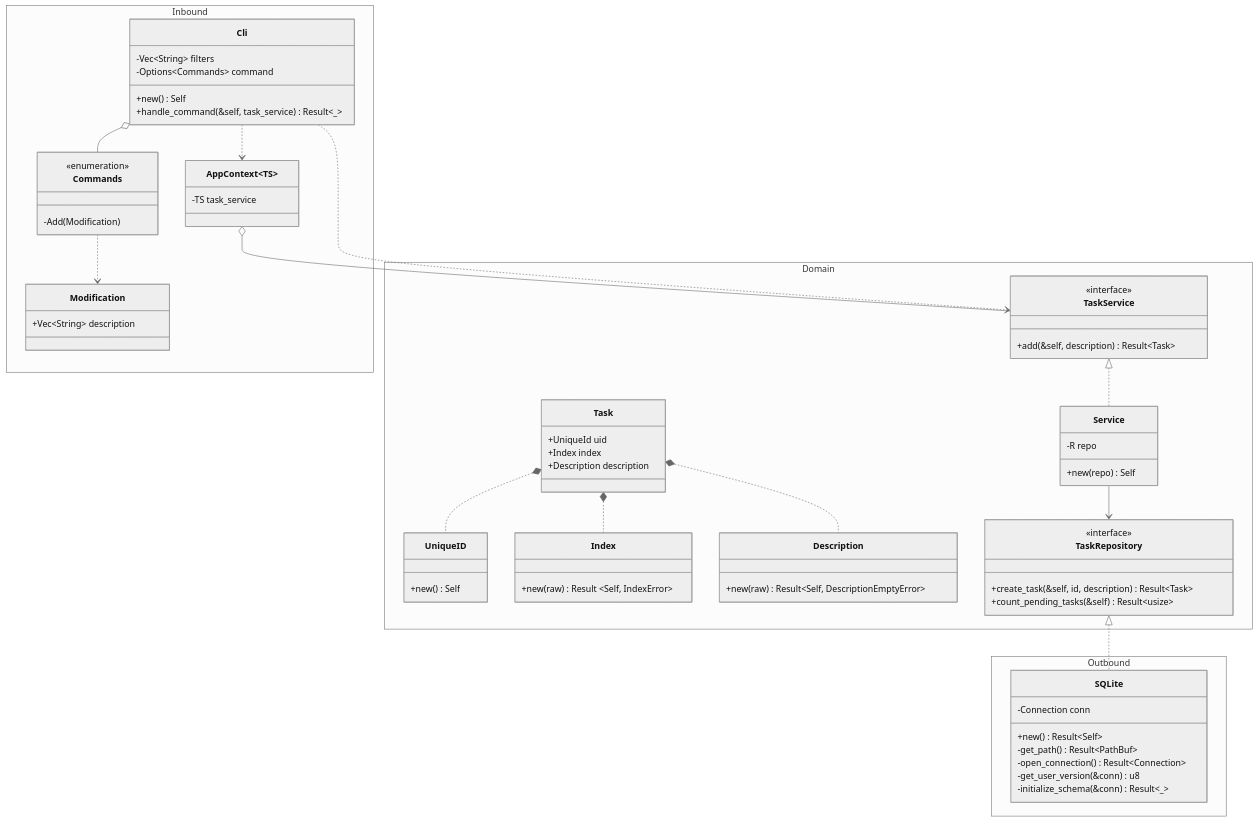
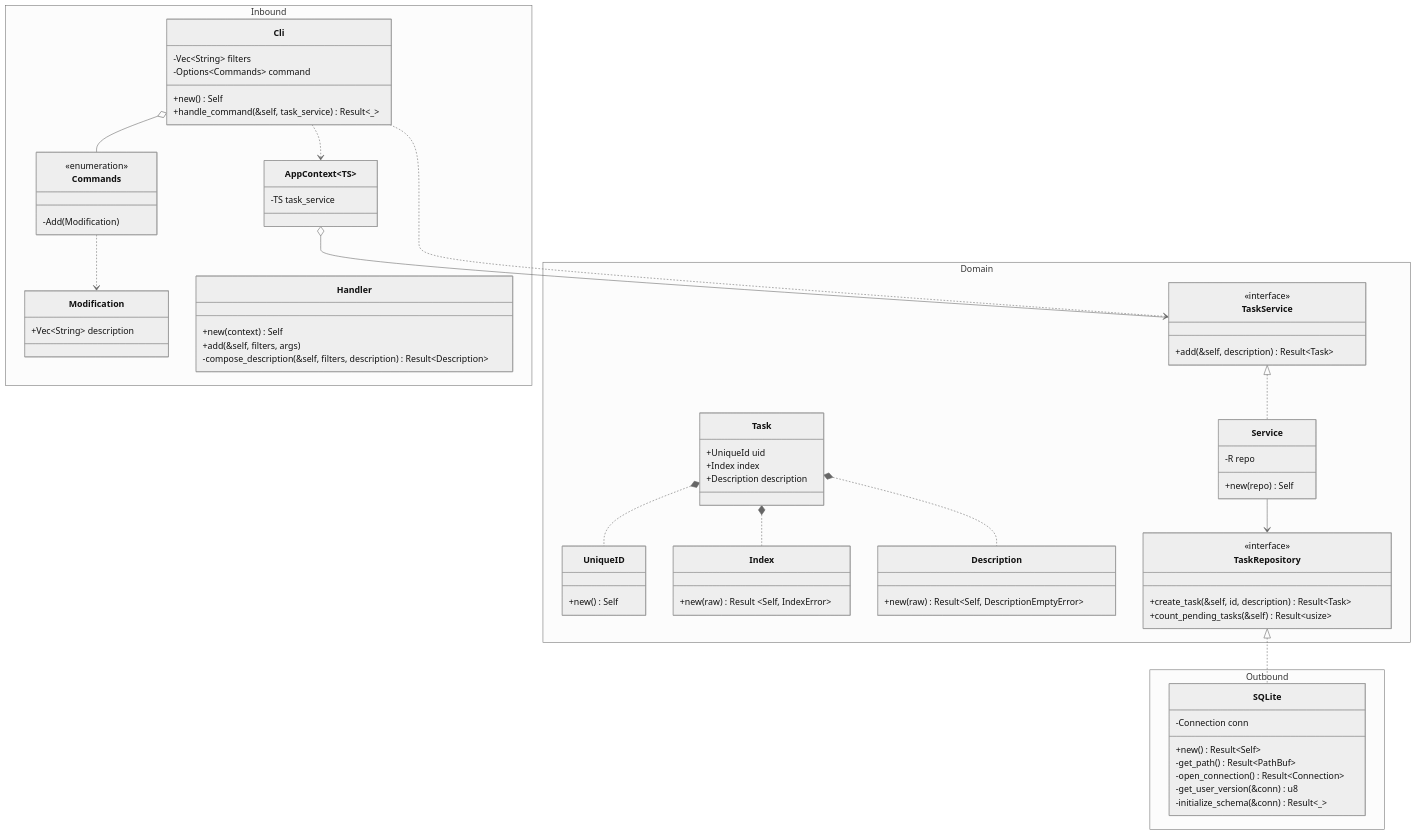
One commit to rvnkcode/dawn changed the diagram in docs/class.md. Above: the diagram before and after it, drawn with Mermaid (neutral theme).

Commit message:
docs: `Handler`

````diff
--- a/docs/class.md
+++ b/docs/class.md
@@ -5,71 +5,76 @@
 ```mermaid
 classDiagram
   AppContext~TS~ o-- TaskService
   Cli ..> AppContext~TS~
   Cli ..> TaskService
   Cli o-- Commands
   Commands ..> Modification
   namespace Inbound {
     class AppContext~TS~ {
       -TS task_service
     }
     class Commands {
       <<enumeration>>
       -Add(Modification)
     }
     class Modification {
       +Vec~String~ description
     }
     class Cli {
       -Vec~String~ filters
       -Options~Commands~ command
       +new() Self
       +handle_command(&self, task_service) Result~_~
+    }
+    class Handler {
+      +new(context) Self
+      +add(&self, filters, args)
+      -compose_description(&self, filters, description) Result~Description~
     }
   }
   Task *.. UniqueID
   Task *.. Index
   Task *.. Description
   TaskService <|.. Service
   Service~R~ --> TaskRepository
   TaskRepository <|.. SQLite
   namespace Domain {
     class Description {
       +new(raw) Result~Self, DescriptionEmptyError~
     }
     class UniqueID {
       +new() Self
     }
     class Index {
       +new(raw) Result ~Self, IndexError~
     }
     class Task {
       +UniqueId uid
       +Index index
       +Description description
     }
     class TaskService {
       <<interface>>
       +add(&self, description) Result~Task~
     }
     class Service~R~ {
       -R repo
       +new(repo) Self
     }
     class TaskRepository {
       <<interface>>
       +create_task(&self, id, description) Result~Task~
       +count_pending_tasks(&self) Result~usize~
     }
   }
   namespace Outbound {
     class SQLite {
       -Connection conn
       +new() Result~Self~
       -get_path() Result~PathBuf~
       -open_connection() Result~Connection~
       -get_user_version(&conn) u8
       -initialize_schema(&conn) Result~_~
     }
   }
 ```
````
